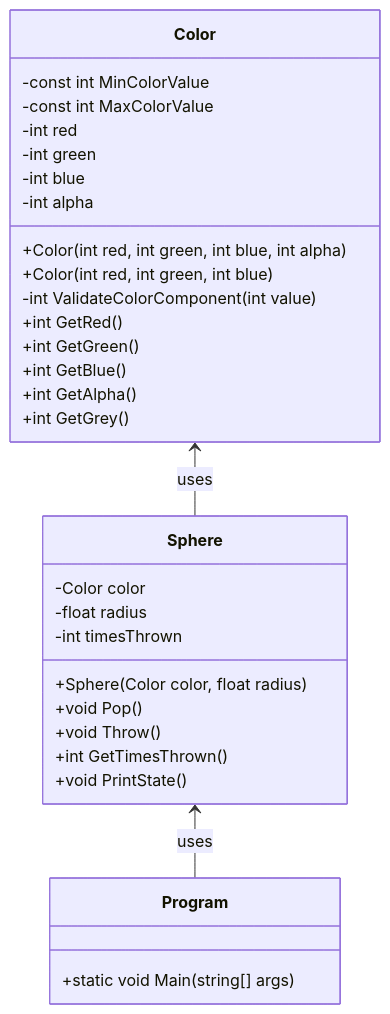
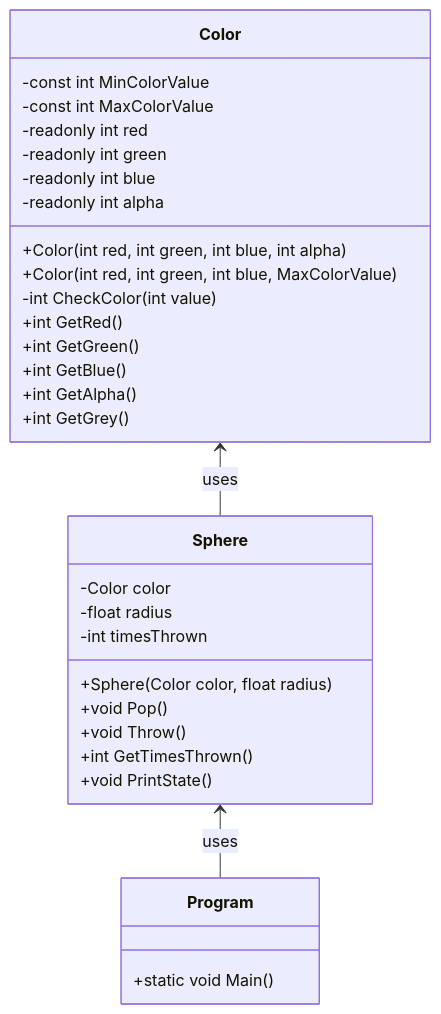
Before and after one commit to Frederico-Carvalho/LP1Semana07: the diagram in BetterColorSpheres/README.md, drawn with Mermaid.

````diff
--- a/BetterColorSpheres/README.md
+++ b/BetterColorSpheres/README.md
@@ -1,37 +1,38 @@
 ```mermaid
 classDiagram
     class Color {
         -const int MinColorValue
         -const int MaxColorValue
-        -int red
-        -int green
-        -int blue
-        -int alpha
+        -readonly int red
+        -readonly int green
+        -readonly int blue
+        -readonly int alpha
         +Color(int red, int green, int blue, int alpha)
-        +Color(int red, int green, int blue)
-        -int ValidateColorComponent(int value)
+        +Color(int red, int green, int blue, MaxColorValue)
+        -int CheckColor(int value)
         +int GetRed()
         +int GetGreen()
         +int GetBlue()
         +int GetAlpha()
         +int GetGrey()
     }
 
     class Sphere {
         -Color color
         -float radius
         -int timesThrown
         +Sphere(Color color, float radius)
         +void Pop()
         +void Throw()
         +int GetTimesThrown()
         +void PrintState()
     }
 
     class Program {
-        +static void Main(string[] args)
+        +static void Main()
     }
 
     Color <-- Sphere : uses
+    
     Sphere <-- Program : uses
 ```
````
